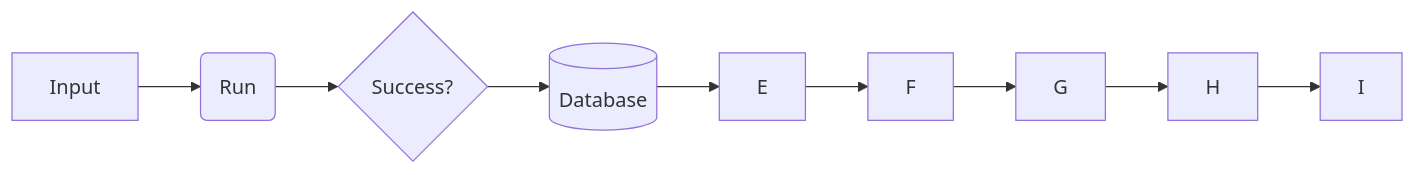
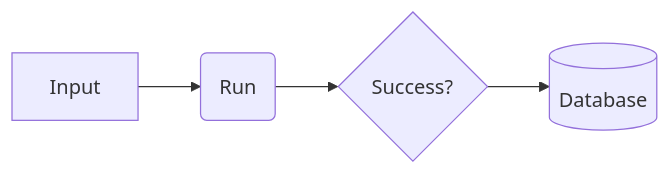
The first of 2 diagrams in 03.diagrams/readme.md (punitkatiyar/markdown-master-guide), drawn with Mermaid before and after one commit.

````diff
--- a/03.diagrams/readme.md
+++ b/03.diagrams/readme.md
@@ -14,15 +14,12 @@
 ```mermaid
 flowchart LR
 A[Input]
 B(Run)
 C{Success?}
 D[(Database)]
+
 A --> B
 B --> C
 C --> D
-D --> E
-E --> F
-F --> G
-G --> H
-H --> I
+
 ```
````
